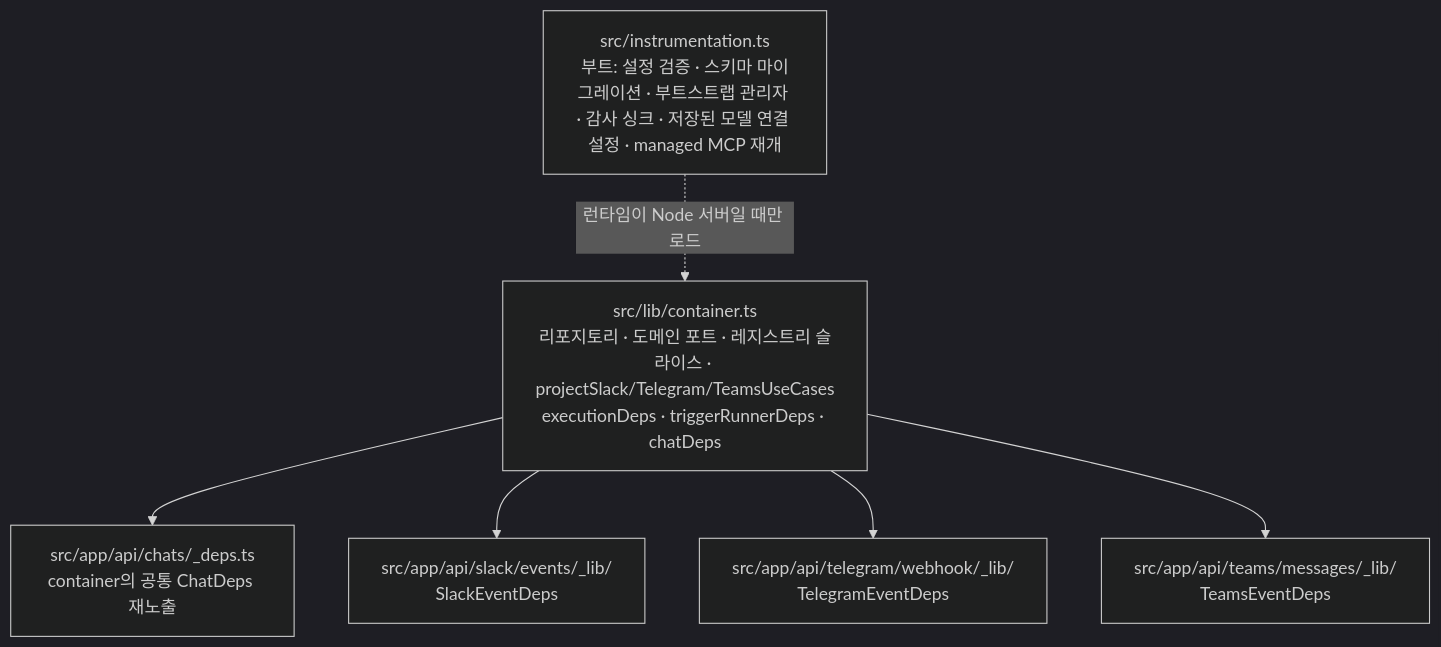
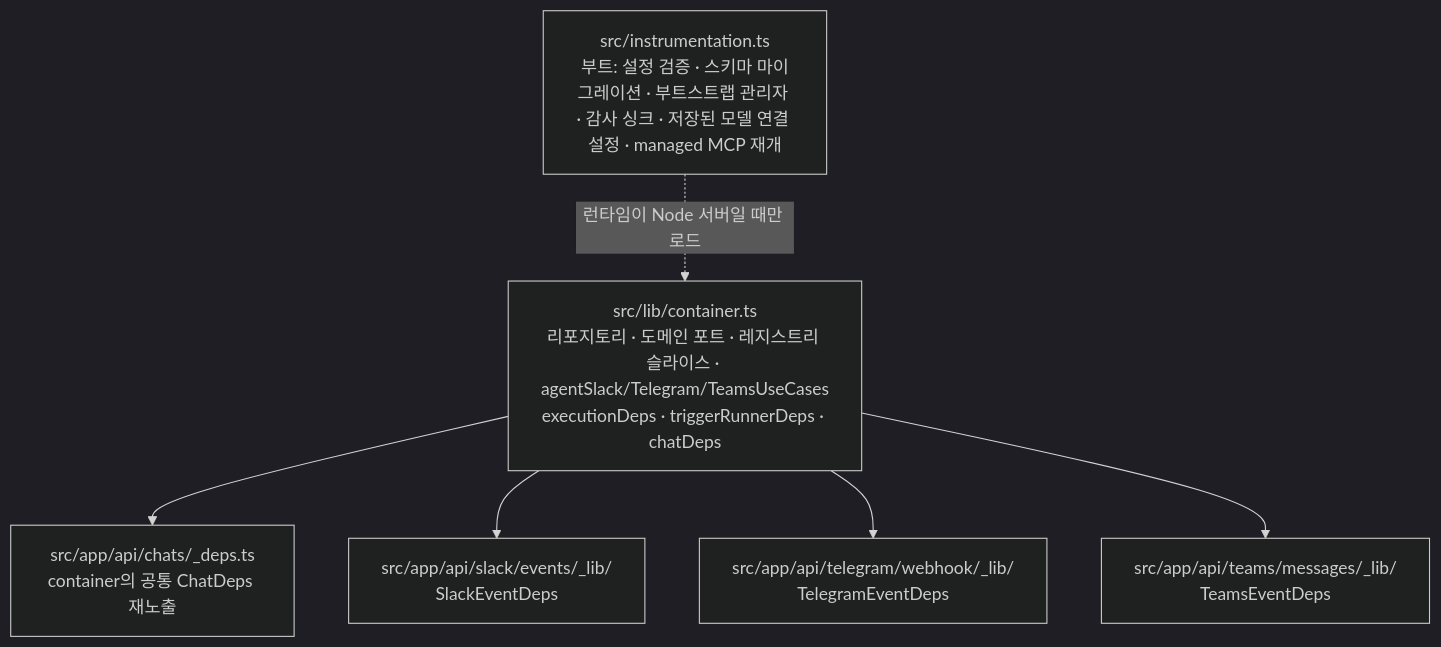
One commit to opspresso/agent-studio changed the fifth of 9 diagrams in docs/DIAGRAMS.md. Above: the diagram before and after it, drawn with Mermaid (dark theme). The commit also changed other lines of this file and 25 other files, not shown here.

````diff
--- a/docs/DIAGRAMS.md
+++ b/docs/DIAGRAMS.md
@@ -186,15 +186,15 @@
 ```mermaid
 flowchart TB
-  container["src/lib/container.ts<br/>리포지토리 · 도메인 포트 · 레지스트리 슬라이스 · projectSlack/Telegram/TeamsUseCases<br/>executionDeps · triggerRunnerDeps · chatDeps"]
+  container["src/lib/container.ts<br/>리포지토리 · 도메인 포트 · 레지스트리 슬라이스 · agentSlack/Telegram/TeamsUseCases<br/>executionDeps · triggerRunnerDeps · chatDeps"]
   chatdeps["src/app/api/chats/_deps.ts<br/>container의 공통 ChatDeps 재노출"]
   slackdeps["src/app/api/slack/events/_lib/<br/>SlackEventDeps"]
   tgdeps["src/app/api/telegram/webhook/_lib/<br/>TelegramEventDeps"]
   teamsdeps["src/app/api/teams/messages/_lib/<br/>TeamsEventDeps"]
   boot["src/instrumentation.ts<br/>부트: 설정 검증 · 스키마 마이그레이션 · 부트스트랩 관리자 · 감사 싱크 · 저장된 모델 연결 설정 · managed MCP 재개"]
 
   container --> chatdeps
   container --> slackdeps
   container --> tgdeps
   container --> teamsdeps
   boot -.->|"런타임이 Node 서버일 때만 로드"| container
 ```
````
